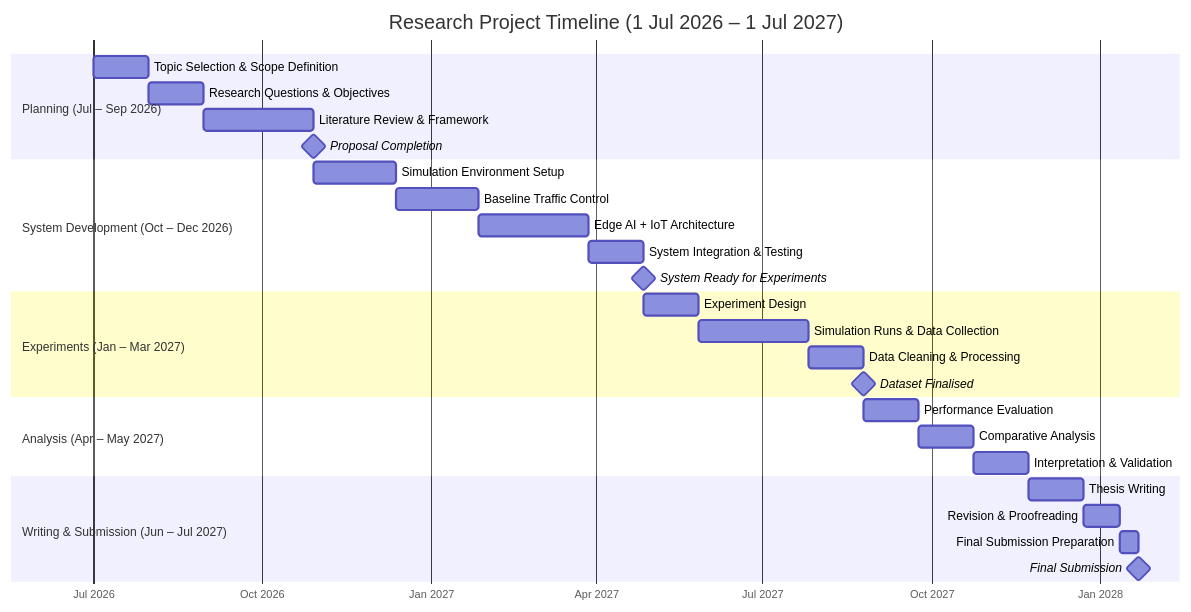
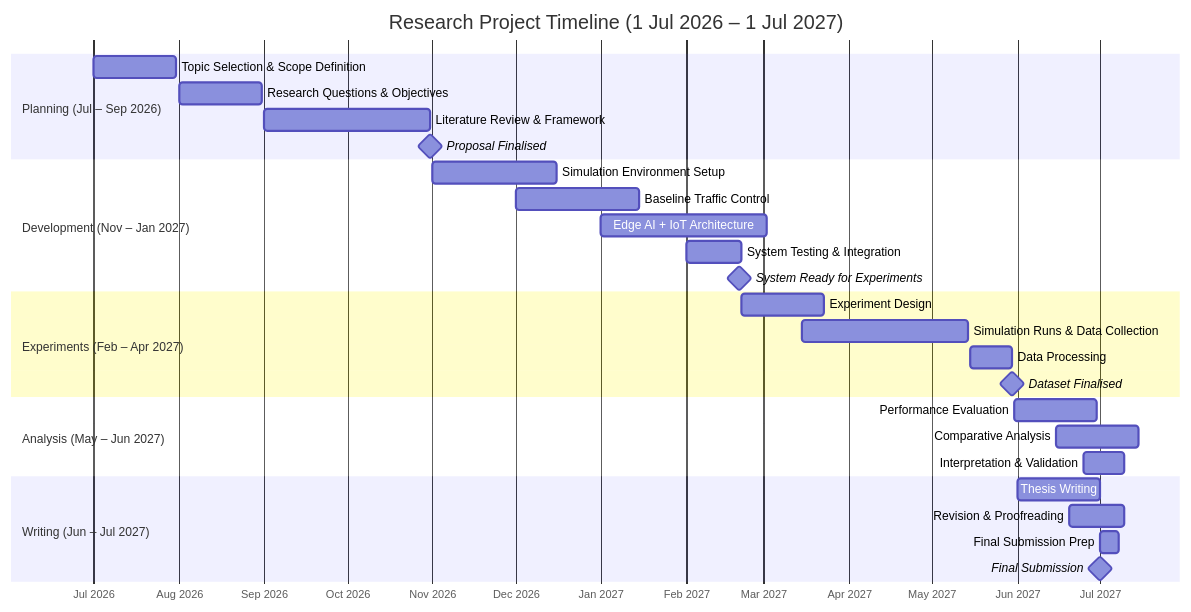
The diagram in README.md (rosisneupane/Gantt_Chart_For_Final), drawn with Mermaid before and after one commit.

````diff
--- a/README.md
+++ b/README.md
@@ -1,41 +1,41 @@
 ```mermaid
 gantt
     title Research Project Timeline (1 Jul 2026 – 1 Jul 2027)
     dateFormat YYYY-MM-DD
     axisFormat %b %Y
 
     section Planning (Jul – Sep 2026)
 
     Topic Selection & Scope Definition   :p1, 2026-07-01, 30d
-    Research Questions & Objectives      :p2, after p1, 30d
-    Literature Review & Framework        :p3, after p2, 60d
-    Proposal Completion                  :milestone, m1, after p3, 0d
+    Research Questions & Objectives      :p2, 2026-08-01, 30d
+    Literature Review & Framework        :p3, 2026-09-01, 60d
+    Proposal Finalised                  :milestone, m1, 2026-10-31, 0d
 
-    section System Development (Oct – Dec 2026)
+    section Development (Nov – Jan 2027)
 
-    Simulation Environment Setup         :p4, after m1, 45d
-    Baseline Traffic Control             :p5, after p4, 45d
-    Edge AI + IoT Architecture           :p6, after p5, 60d
-    System Integration & Testing         :p7, after p6, 30d
-    System Ready for Experiments         :milestone, m2, after p7, 0d
+    Simulation Environment Setup         :p4, 2026-11-01, 45d
+    Baseline Traffic Control             :p5, 2026-12-01, 45d
+    Edge AI + IoT Architecture           :p6, 2027-01-01, 60d
+    System Testing & Integration         :p7, 2027-02-01, 20d
+    System Ready for Experiments         :milestone, m2, 2027-02-20, 0d
 
-    section Experiments (Jan – Mar 2027)
+    section Experiments (Feb – Apr 2027)
 
-    Experiment Design                    :p8, after m2, 30d
-    Simulation Runs & Data Collection    :p9, after p8, 60d
-    Data Cleaning & Processing           :p10, after p9, 30d
-    Dataset Finalised                    :milestone, m3, after p10, 0d
+    Experiment Design                    :p8, 2027-02-21, 30d
+    Simulation Runs & Data Collection    :p9, 2027-03-15, 60d
+    Data Processing                     :p10, 2027-05-15, 15d
+    Dataset Finalised                   :milestone, m3, 2027-05-30, 0d
 
-    section Analysis (Apr – May 2027)
+    section Analysis (May – Jun 2027)
 
-    Performance Evaluation               :p11, after m3, 30d
-    Comparative Analysis                 :p12, after p11, 30d
-    Interpretation & Validation          :p13, after p12, 30d
+    Performance Evaluation               :p11, 2027-05-31, 30d
+    Comparative Analysis                 :p12, 2027-06-15, 30d
+    Interpretation & Validation          :p13, 2027-06-25, 15d
 
-    section Writing & Submission (Jun – Jul 2027)
+    section Writing (Jun – Jul 2027)
 
-    Thesis Writing                       :p14, after p13, 30d
-    Revision & Proofreading              :p15, after p14, 20d
-    Final Submission Preparation         :p16, after p15, 10d
-    Final Submission                    :milestone, final, after p16, 0d
+    Thesis Writing                       :p14, 2027-06-01, 30d
+    Revision & Proofreading              :p15, 2027-06-20, 20d
+    Final Submission Prep                :p16, 2027-07-01, 7d
+    Final Submission                    :milestone, final, 2027-07-01, 0d
 ```
````
